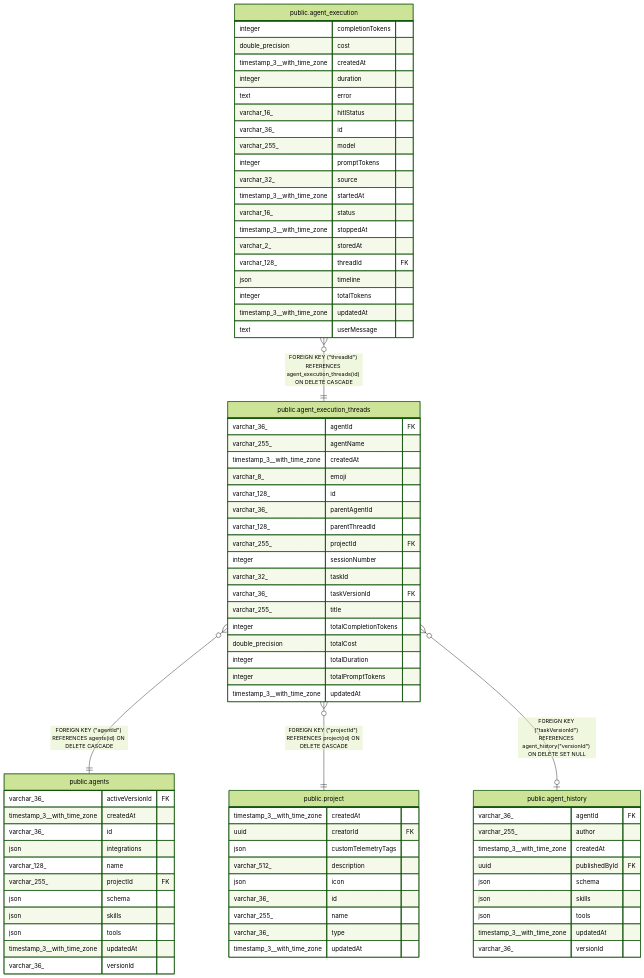
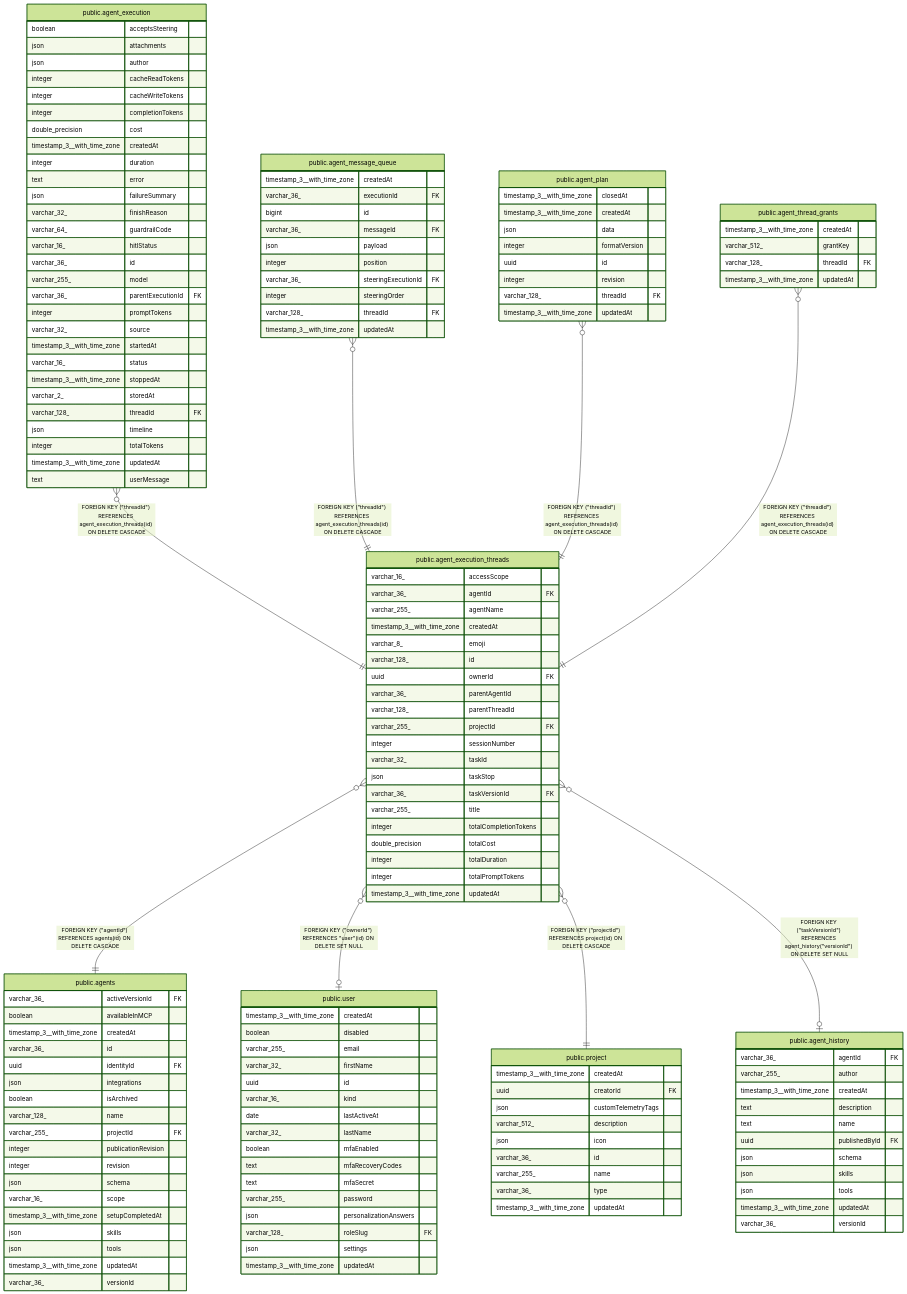
Before and after one commit to koreatest12/studys: the diagram in n8n_integration/n8n_source/docs/generated/postgres-schema/public.agent_execution_threads.md, drawn with Mermaid (forest theme). The commit also changed other lines of this file and 23019 other files, not shown here.

```diff
--- a/n8n_integration/n8n_source/docs/generated/postgres-schema/public.agent_execution_threads.md
+++ b/n8n_integration/n8n_source/docs/generated/postgres-schema/public.agent_execution_threads.md
@@ -58,20 +65,27 @@
 
 "public.agent_execution_threads" }o--|| "public.agents" : "FOREIGN KEY (#quot;agentId#quot;) REFERENCES agents(id) ON DELETE CASCADE"
 "public.agent_execution" }o--|| "public.agent_execution_threads" : "FOREIGN KEY (#quot;threadId#quot;) REFERENCES agent_execution_threads(id) ON DELETE CASCADE"
+"public.agent_message_queue" }o--|| "public.agent_execution_threads" : "FOREIGN KEY (#quot;threadId#quot;) REFERENCES agent_execution_threads(id) ON DELETE CASCADE"
+"public.agent_plan" }o--|| "public.agent_execution_threads" : "FOREIGN KEY (#quot;threadId#quot;) REFERENCES agent_execution_threads(id) ON DELETE CASCADE"
+"public.agent_thread_grants" }o--|| "public.agent_execution_threads" : "FOREIGN KEY (#quot;threadId#quot;) REFERENCES agent_execution_threads(id) ON DELETE CASCADE"
+"public.agent_execution_threads" }o--o| "public.user" : "FOREIGN KEY (#quot;ownerId#quot;) REFERENCES #quot;user#quot;(id) ON DELETE SET NULL"
 "public.agent_execution_threads" }o--|| "public.project" : "FOREIGN KEY (#quot;projectId#quot;) REFERENCES project(id) ON DELETE CASCADE"
 "public.agent_execution_threads" }o--o| "public.agent_history" : "FOREIGN KEY (#quot;taskVersionId#quot;) REFERENCES agent_history(#quot;versionId#quot;) ON DELETE SET NULL"
 
 "public.agent_execution_threads" {
+  varchar_16_ accessScope
   varchar_36_ agentId FK
   varchar_255_ agentName
   timestamp_3__with_time_zone createdAt
   varchar_8_ emoji
   varchar_128_ id
+  uuid ownerId FK
   varchar_36_ parentAgentId
   varchar_128_ parentThreadId
   varchar_255_ projectId FK
   integer sessionNumber
   varchar_32_ taskId
+  json taskStop
   varchar_36_ taskVersionId FK
   varchar_255_ title
   integer totalCompletionTokens
@@ -82,26 +96,42 @@
 }
 "public.agents" {
   varchar_36_ activeVersionId FK
+  boolean availableInMCP
   timestamp_3__with_time_zone createdAt
   varchar_36_ id
+  uuid identityId FK
   json integrations
+  boolean isArchived
   varchar_128_ name
   varchar_255_ projectId FK
+  integer publicationRevision
+  integer revision
   json schema
+  varchar_16_ scope
+  timestamp_3__with_time_zone setupCompletedAt
   json skills
   json tools
   timestamp_3__with_time_zone updatedAt
   varchar_36_ versionId
 }
 "public.agent_execution" {
+  boolean acceptsSteering
+  json attachments
+  json author
+  integer cacheReadTokens
+  integer cacheWriteTokens
   integer completionTokens
   double_precision cost
   timestamp_3__with_time_zone createdAt
   integer duration
   text error
+  json failureSummary
+  varchar_32_ finishReason
+  varchar_64_ guardrailCode
   varchar_16_ hitlStatus
   varchar_36_ id
   varchar_255_ model
+  varchar_36_ parentExecutionId FK
   integer promptTokens
   varchar_32_ source
   timestamp_3__with_time_zone startedAt
@@ -113,6 +143,52 @@
   integer totalTokens
   timestamp_3__with_time_zone updatedAt
   text userMessage
+}
+"public.agent_message_queue" {
+  timestamp_3__with_time_zone createdAt
+  varchar_36_ executionId FK
+  bigint id
+  varchar_36_ messageId FK
+  json payload
+  integer position
+  varchar_36_ steeringExecutionId FK
+  integer steeringOrder
+  varchar_128_ threadId FK
+  timestamp_3__with_time_zone updatedAt
+}
+"public.agent_plan" {
+  timestamp_3__with_time_zone closedAt
+  timestamp_3__with_time_zone createdAt
+  json data
+  integer formatVersion
+  uuid id
+  integer revision
+  varchar_128_ threadId FK
+  timestamp_3__with_time_zone updatedAt
+}
+"public.agent_thread_grants" {
+  timestamp_3__with_time_zone createdAt
+  varchar_512_ grantKey
+  varchar_128_ threadId FK
+  timestamp_3__with_time_zone updatedAt
+}
+"public.user" {
+  timestamp_3__with_time_zone createdAt
+  boolean disabled
+  varchar_255_ email
+  varchar_32_ firstName
+  uuid id
+  varchar_16_ kind
+  date lastActiveAt
+  varchar_32_ lastName
+  boolean mfaEnabled
+  text mfaRecoveryCodes
+  text mfaSecret
+  varchar_255_ password
+  json personalizationAnswers
+  varchar_128_ roleSlug FK
+  json settings
+  timestamp_3__with_time_zone updatedAt
 }
 "public.project" {
   timestamp_3__with_time_zone createdAt
@@ -129,6 +205,8 @@
   varchar_36_ agentId FK
   varchar_255_ author
   timestamp_3__with_time_zone createdAt
+  text description
+  text name
   uuid publishedById FK
   json schema
   json skills
```
